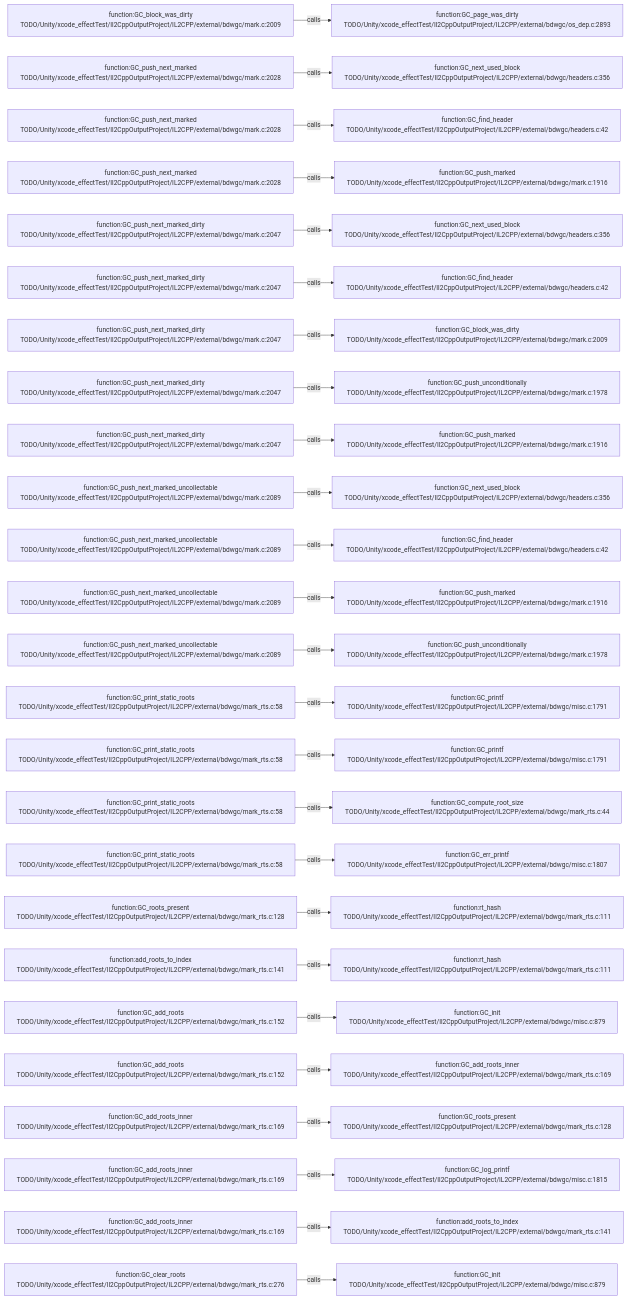
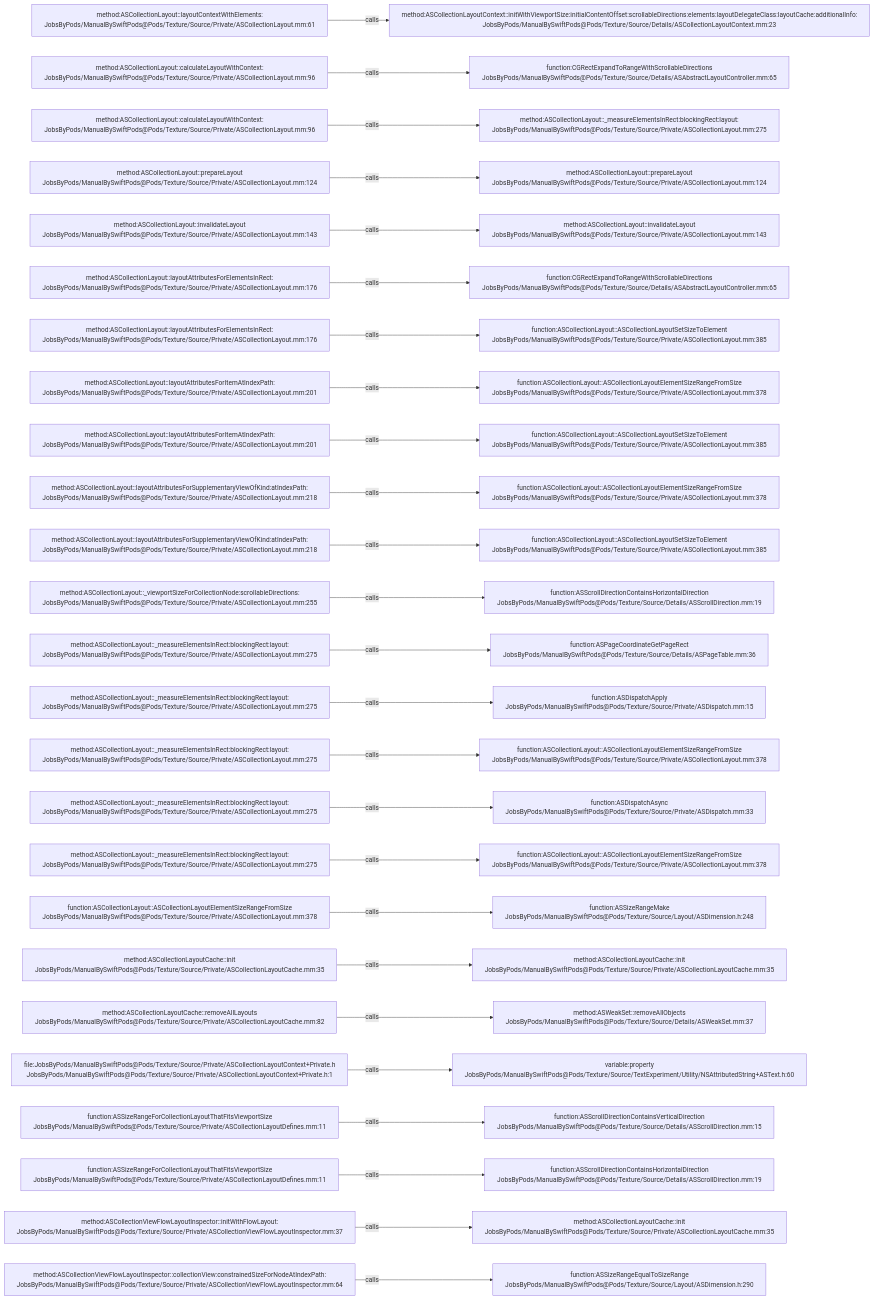
The diagram in .codegraph/codegraph.md/graphs/calls-134.md (JobsKits/JobsSwiftBaseConfigDemo), drawn with Mermaid before and after one commit. The commit also changed 2959 other files, not shown here.

````diff
--- a/.codegraph/codegraph.md/graphs/calls-134.md
+++ b/.codegraph/codegraph.md/graphs/calls-134.md
@@ -13,78 +13,78 @@
 ```mermaid
 flowchart LR
-  S1["function:GC_block_was_dirty<br/>TODO/Unity/xcode_effectTest/Il2CppOutputProject/IL2CPP/external/bdwgc/mark.c:2009"]
-  T1["function:GC_page_was_dirty<br/>TODO/Unity/xcode_effectTest/Il2CppOutputProject/IL2CPP/external/bdwgc/os_dep.c:2893"]
+  S1["method:ASCollectionLayout::layoutContextWithElements:<br/>JobsByPods/ManualBySwiftPods@Pods/Texture/Source/Private/ASCollectionLayout.mm:61"]
+  T1["method:ASCollectionLayoutContext::initWithViewportSize:initialContentOffset:scrollableDirections:elements:layoutDelegateClass:layoutCache:additionalInfo:<br/>JobsByPods/ManualBySwiftPods@Pods/Texture/Source/Details/ASCollectionLayoutContext.mm:23"]
   S1 -->|calls| T1
-  S2["function:GC_push_next_marked<br/>TODO/Unity/xcode_effectTest/Il2CppOutputProject/IL2CPP/external/bdwgc/mark.c:2028"]
-  T2["function:GC_next_used_block<br/>TODO/Unity/xcode_effectTest/Il2CppOutputProject/IL2CPP/external/bdwgc/headers.c:356"]
+  S2["method:ASCollectionLayout::calculateLayoutWithContext:<br/>JobsByPods/ManualBySwiftPods@Pods/Texture/Source/Private/ASCollectionLayout.mm:96"]
+  T2["function:CGRectExpandToRangeWithScrollableDirections<br/>JobsByPods/ManualBySwiftPods@Pods/Texture/Source/Details/ASAbstractLayoutController.mm:65"]
   S2 -->|calls| T2
-  S3["function:GC_push_next_marked<br/>TODO/Unity/xcode_effectTest/Il2CppOutputProject/IL2CPP/external/bdwgc/mark.c:2028"]
-  T3["function:GC_find_header<br/>TODO/Unity/xcode_effectTest/Il2CppOutputProject/IL2CPP/external/bdwgc/headers.c:42"]
+  S3["method:ASCollectionLayout::calculateLayoutWithContext:<br/>JobsByPods/ManualBySwiftPods@Pods/Texture/Source/Private/ASCollectionLayout.mm:96"]
+  T3["method:ASCollectionLayout::_measureElementsInRect:blockingRect:layout:<br/>JobsByPods/ManualBySwiftPods@Pods/Texture/Source/Private/ASCollectionLayout.mm:275"]
   S3 -->|calls| T3
-  S4["function:GC_push_next_marked<br/>TODO/Unity/xcode_effectTest/Il2CppOutputProject/IL2CPP/external/bdwgc/mark.c:2028"]
-  T4["function:GC_push_marked<br/>TODO/Unity/xcode_effectTest/Il2CppOutputProject/IL2CPP/external/bdwgc/mark.c:1916"]
+  S4["method:ASCollectionLayout::prepareLayout<br/>JobsByPods/ManualBySwiftPods@Pods/Texture/Source/Private/ASCollectionLayout.mm:124"]
+  T4["method:ASCollectionLayout::prepareLayout<br/>JobsByPods/ManualBySwiftPods@Pods/Texture/Source/Private/ASCollectionLayout.mm:124"]
   S4 -->|calls| T4
-  S5["function:GC_push_next_marked_dirty<br/>TODO/Unity/xcode_effectTest/Il2CppOutputProject/IL2CPP/external/bdwgc/mark.c:2047"]
-  T5["function:GC_next_used_block<br/>TODO/Unity/xcode_effectTest/Il2CppOutputProject/IL2CPP/external/bdwgc/headers.c:356"]
+  S5["method:ASCollectionLayout::invalidateLayout<br/>JobsByPods/ManualBySwiftPods@Pods/Texture/Source/Private/ASCollectionLayout.mm:143"]
+  T5["method:ASCollectionLayout::invalidateLayout<br/>JobsByPods/ManualBySwiftPods@Pods/Texture/Source/Private/ASCollectionLayout.mm:143"]
   S5 -->|calls| T5
-  S6["function:GC_push_next_marked_dirty<br/>TODO/Unity/xcode_effectTest/Il2CppOutputProject/IL2CPP/external/bdwgc/mark.c:2047"]
-  T6["function:GC_find_header<br/>TODO/Unity/xcode_effectTest/Il2CppOutputProject/IL2CPP/external/bdwgc/headers.c:42"]
+  S6["method:ASCollectionLayout::layoutAttributesForElementsInRect:<br/>JobsByPods/ManualBySwiftPods@Pods/Texture/Source/Private/ASCollectionLayout.mm:176"]
+  T6["function:CGRectExpandToRangeWithScrollableDirections<br/>JobsByPods/ManualBySwiftPods@Pods/Texture/Source/Details/ASAbstractLayoutController.mm:65"]
   S6 -->|calls| T6
-  S7["function:GC_push_next_marked_dirty<br/>TODO/Unity/xcode_effectTest/Il2CppOutputProject/IL2CPP/external/bdwgc/mark.c:2047"]
-  T7["function:GC_block_was_dirty<br/>TODO/Unity/xcode_effectTest/Il2CppOutputProject/IL2CPP/external/bdwgc/mark.c:2009"]
+  S7["method:ASCollectionLayout::layoutAttributesForElementsInRect:<br/>JobsByPods/ManualBySwiftPods@Pods/Texture/Source/Private/ASCollectionLayout.mm:176"]
+  T7["function:ASCollectionLayout::ASCollectionLayoutSetSizeToElement<br/>JobsByPods/ManualBySwiftPods@Pods/Texture/Source/Private/ASCollectionLayout.mm:385"]
   S7 -->|calls| T7
-  S8["function:GC_push_next_marked_dirty<br/>TODO/Unity/xcode_effectTest/Il2CppOutputProject/IL2CPP/external/bdwgc/mark.c:2047"]
-  T8["function:GC_push_unconditionally<br/>TODO/Unity/xcode_effectTest/Il2CppOutputProject/IL2CPP/external/bdwgc/mark.c:1978"]
+  S8["method:ASCollectionLayout::layoutAttributesForItemAtIndexPath:<br/>JobsByPods/ManualBySwiftPods@Pods/Texture/Source/Private/ASCollectionLayout.mm:201"]
+  T8["function:ASCollectionLayout::ASCollectionLayoutElementSizeRangeFromSize<br/>JobsByPods/ManualBySwiftPods@Pods/Texture/Source/Private/ASCollectionLayout.mm:378"]
   S8 -->|calls| T8
-  S9["function:GC_push_next_marked_dirty<br/>TODO/Unity/xcode_effectTest/Il2CppOutputProject/IL2CPP/external/bdwgc/mark.c:2047"]
-  T9["function:GC_push_marked<br/>TODO/Unity/xcode_effectTest/Il2CppOutputProject/IL2CPP/external/bdwgc/mark.c:1916"]
+  S9["method:ASCollectionLayout::layoutAttributesForItemAtIndexPath:<br/>JobsByPods/ManualBySwiftPods@Pods/Texture/Source/Private/ASCollectionLayout.mm:201"]
+  T9["function:ASCollectionLayout::ASCollectionLayoutSetSizeToElement<br/>JobsByPods/ManualBySwiftPods@Pods/Texture/Source/Private/ASCollectionLayout.mm:385"]
   S9 -->|calls| T9
-  S10["function:GC_push_next_marked_uncollectable<br/>TODO/Unity/xcode_effectTest/Il2CppOutputProject/IL2CPP/external/bdwgc/mark.c:2089"]
-  T10["function:GC_next_used_block<br/>TODO/Unity/xcode_effectTest/Il2CppOutputProject/IL2CPP/external/bdwgc/headers.c:356"]
+  S10["method:ASCollectionLayout::layoutAttributesForSupplementaryViewOfKind:atIndexPath:<br/>JobsByPods/ManualBySwiftPods@Pods/Texture/Source/Private/ASCollectionLayout.mm:218"]
+  T10["function:ASCollectionLayout::ASCollectionLayoutElementSizeRangeFromSize<br/>JobsByPods/ManualBySwiftPods@Pods/Texture/Source/Private/ASCollectionLayout.mm:378"]
   S10 -->|calls| T10
-  S11["function:GC_push_next_marked_uncollectable<br/>TODO/Unity/xcode_effectTest/Il2CppOutputProject/IL2CPP/external/bdwgc/mark.c:2089"]
-  T11["function:GC_find_header<br/>TODO/Unity/xcode_effectTest/Il2CppOutputProject/IL2CPP/external/bdwgc/headers.c:42"]
+  S11["method:ASCollectionLayout::layoutAttributesForSupplementaryViewOfKind:atIndexPath:<br/>JobsByPods/ManualBySwiftPods@Pods/Texture/Source/Private/ASCollectionLayout.mm:218"]
+  T11["function:ASCollectionLayout::ASCollectionLayoutSetSizeToElement<br/>JobsByPods/ManualBySwiftPods@Pods/Texture/Source/Private/ASCollectionLayout.mm:385"]
   S11 -->|calls| T11
-  S12["function:GC_push_next_marked_uncollectable<br/>TODO/Unity/xcode_effectTest/Il2CppOutputProject/IL2CPP/external/bdwgc/mark.c:2089"]
-  T12["function:GC_push_marked<br/>TODO/Unity/xcode_effectTest/Il2CppOutputProject/IL2CPP/external/bdwgc/mark.c:1916"]
+  S12["method:ASCollectionLayout::_viewportSizeForCollectionNode:scrollableDirections:<br/>JobsByPods/ManualBySwiftPods@Pods/Texture/Source/Private/ASCollectionLayout.mm:255"]
+  T12["function:ASScrollDirectionContainsHorizontalDirection<br/>JobsByPods/ManualBySwiftPods@Pods/Texture/Source/Details/ASScrollDirection.mm:19"]
   S12 -->|calls| T12
-  S13["function:GC_push_next_marked_uncollectable<br/>TODO/Unity/xcode_effectTest/Il2CppOutputProject/IL2CPP/external/bdwgc/mark.c:2089"]
-  T13["function:GC_push_unconditionally<br/>TODO/Unity/xcode_effectTest/Il2CppOutputProject/IL2CPP/external/bdwgc/mark.c:1978"]
+  S13["method:ASCollectionLayout::_measureElementsInRect:blockingRect:layout:<br/>JobsByPods/ManualBySwiftPods@Pods/Texture/Source/Private/ASCollectionLayout.mm:275"]
+  T13["function:ASPageCoordinateGetPageRect<br/>JobsByPods/ManualBySwiftPods@Pods/Texture/Source/Details/ASPageTable.mm:36"]
   S13 -->|calls| T13
-  S14["function:GC_print_static_roots<br/>TODO/Unity/xcode_effectTest/Il2CppOutputProject/IL2CPP/external/bdwgc/mark_rts.c:58"]
-  T14["function:GC_printf<br/>TODO/Unity/xcode_effectTest/Il2CppOutputProject/IL2CPP/external/bdwgc/misc.c:1791"]
+  S14["method:ASCollectionLayout::_measureElementsInRect:blockingRect:layout:<br/>JobsByPods/ManualBySwiftPods@Pods/Texture/Source/Private/ASCollectionLayout.mm:275"]
+  T14["function:ASDispatchApply<br/>JobsByPods/ManualBySwiftPods@Pods/Texture/Source/Private/ASDispatch.mm:15"]
   S14 -->|calls| T14
-  S15["function:GC_print_static_roots<br/>TODO/Unity/xcode_effectTest/Il2CppOutputProject/IL2CPP/external/bdwgc/mark_rts.c:58"]
-  T15["function:GC_printf<br/>TODO/Unity/xcode_effectTest/Il2CppOutputProject/IL2CPP/external/bdwgc/misc.c:1791"]
+  S15["method:ASCollectionLayout::_measureElementsInRect:blockingRect:layout:<br/>JobsByPods/ManualBySwiftPods@Pods/Texture/Source/Private/ASCollectionLayout.mm:275"]
+  T15["function:ASCollectionLayout::ASCollectionLayoutElementSizeRangeFromSize<br/>JobsByPods/ManualBySwiftPods@Pods/Texture/Source/Private/ASCollectionLayout.mm:378"]
   S15 -->|calls| T15
-  S16["function:GC_print_static_roots<br/>TODO/Unity/xcode_effectTest/Il2CppOutputProject/IL2CPP/external/bdwgc/mark_rts.c:58"]
-  T16["function:GC_compute_root_size<br/>TODO/Unity/xcode_effectTest/Il2CppOutputProject/IL2CPP/external/bdwgc/mark_rts.c:44"]
+  S16["method:ASCollectionLayout::_measureElementsInRect:blockingRect:layout:<br/>JobsByPods/ManualBySwiftPods@Pods/Texture/Source/Private/ASCollectionLayout.mm:275"]
+  T16["function:ASDispatchAsync<br/>JobsByPods/ManualBySwiftPods@Pods/Texture/Source/Private/ASDispatch.mm:33"]
   S16 -->|calls| T16
-  S17["function:GC_print_static_roots<br/>TODO/Unity/xcode_effectTest/Il2CppOutputProject/IL2CPP/external/bdwgc/mark_rts.c:58"]
-  T17["function:GC_err_printf<br/>TODO/Unity/xcode_effectTest/Il2CppOutputProject/IL2CPP/external/bdwgc/misc.c:1807"]
+  S17["method:ASCollectionLayout::_measureElementsInRect:blockingRect:layout:<br/>JobsByPods/ManualBySwiftPods@Pods/Texture/Source/Private/ASCollectionLayout.mm:275"]
+  T17["function:ASCollectionLayout::ASCollectionLayoutElementSizeRangeFromSize<br/>JobsByPods/ManualBySwiftPods@Pods/Texture/Source/Private/ASCollectionLayout.mm:378"]
   S17 -->|calls| T17
-  S18["function:GC_roots_present<br/>TODO/Unity/xcode_effectTest/Il2CppOutputProject/IL2CPP/external/bdwgc/mark_rts.c:128"]
-  T18["function:rt_hash<br/>TODO/Unity/xcode_effectTest/Il2CppOutputProject/IL2CPP/external/bdwgc/mark_rts.c:111"]
+  S18["function:ASCollectionLayout::ASCollectionLayoutElementSizeRangeFromSize<br/>JobsByPods/ManualBySwiftPods@Pods/Texture/Source/Private/ASCollectionLayout.mm:378"]
+  T18["function:ASSizeRangeMake<br/>JobsByPods/ManualBySwiftPods@Pods/Texture/Source/Layout/ASDimension.h:248"]
   S18 -->|calls| T18
-  S19["function:add_roots_to_index<br/>TODO/Unity/xcode_effectTest/Il2CppOutputProject/IL2CPP/external/bdwgc/mark_rts.c:141"]
-  T19["function:rt_hash<br/>TODO/Unity/xcode_effectTest/Il2CppOutputProject/IL2CPP/external/bdwgc/mark_rts.c:111"]
+  S19["method:ASCollectionLayoutCache::init<br/>JobsByPods/ManualBySwiftPods@Pods/Texture/Source/Private/ASCollectionLayoutCache.mm:35"]
+  T19["method:ASCollectionLayoutCache::init<br/>JobsByPods/ManualBySwiftPods@Pods/Texture/Source/Private/ASCollectionLayoutCache.mm:35"]
   S19 -->|calls| T19
-  S20["function:GC_add_roots<br/>TODO/Unity/xcode_effectTest/Il2CppOutputProject/IL2CPP/external/bdwgc/mark_rts.c:152"]
-  T20["function:GC_init<br/>TODO/Unity/xcode_effectTest/Il2CppOutputProject/IL2CPP/external/bdwgc/misc.c:879"]
+  S20["method:ASCollectionLayoutCache::removeAllLayouts<br/>JobsByPods/ManualBySwiftPods@Pods/Texture/Source/Private/ASCollectionLayoutCache.mm:82"]
+  T20["method:ASWeakSet::removeAllObjects<br/>JobsByPods/ManualBySwiftPods@Pods/Texture/Source/Details/ASWeakSet.mm:37"]
   S20 -->|calls| T20
-  S21["function:GC_add_roots<br/>TODO/Unity/xcode_effectTest/Il2CppOutputProject/IL2CPP/external/bdwgc/mark_rts.c:152"]
-  T21["function:GC_add_roots_inner<br/>TODO/Unity/xcode_effectTest/Il2CppOutputProject/IL2CPP/external/bdwgc/mark_rts.c:169"]
+  S21["file:JobsByPods/ManualBySwiftPods@Pods/Texture/Source/Private/ASCollectionLayoutContext+Private.h<br/>JobsByPods/ManualBySwiftPods@Pods/Texture/Source/Private/ASCollectionLayoutContext+Private.h:1"]
+  T21["variable:property<br/>JobsByPods/ManualBySwiftPods@Pods/Texture/Source/TextExperiment/Utility/NSAttributedString+ASText.h:60"]
   S21 -->|calls| T21
-  S22["function:GC_add_roots_inner<br/>TODO/Unity/xcode_effectTest/Il2CppOutputProject/IL2CPP/external/bdwgc/mark_rts.c:169"]
-  T22["function:GC_roots_present<br/>TODO/Unity/xcode_effectTest/Il2CppOutputProject/IL2CPP/external/bdwgc/mark_rts.c:128"]
+  S22["function:ASSizeRangeForCollectionLayoutThatFitsViewportSize<br/>JobsByPods/ManualBySwiftPods@Pods/Texture/Source/Private/ASCollectionLayoutDefines.mm:11"]
+  T22["function:ASScrollDirectionContainsVerticalDirection<br/>JobsByPods/ManualBySwiftPods@Pods/Texture/Source/Details/ASScrollDirection.mm:15"]
   S22 -->|calls| T22
-  S23["function:GC_add_roots_inner<br/>TODO/Unity/xcode_effectTest/Il2CppOutputProject/IL2CPP/external/bdwgc/mark_rts.c:169"]
-  T23["function:GC_log_printf<br/>TODO/Unity/xcode_effectTest/Il2CppOutputProject/IL2CPP/external/bdwgc/misc.c:1815"]
+  S23["function:ASSizeRangeForCollectionLayoutThatFitsViewportSize<br/>JobsByPods/ManualBySwiftPods@Pods/Texture/Source/Private/ASCollectionLayoutDefines.mm:11"]
+  T23["function:ASScrollDirectionContainsHorizontalDirection<br/>JobsByPods/ManualBySwiftPods@Pods/Texture/Source/Details/ASScrollDirection.mm:19"]
   S23 -->|calls| T23
-  S24["function:GC_add_roots_inner<br/>TODO/Unity/xcode_effectTest/Il2CppOutputProject/IL2CPP/external/bdwgc/mark_rts.c:169"]
-  T24["function:add_roots_to_index<br/>TODO/Unity/xcode_effectTest/Il2CppOutputProject/IL2CPP/external/bdwgc/mark_rts.c:141"]
+  S24["method:ASCollectionViewFlowLayoutInspector::initWithFlowLayout:<br/>JobsByPods/ManualBySwiftPods@Pods/Texture/Source/Private/ASCollectionViewFlowLayoutInspector.mm:37"]
+  T24["method:ASCollectionLayoutCache::init<br/>JobsByPods/ManualBySwiftPods@Pods/Texture/Source/Private/ASCollectionLayoutCache.mm:35"]
   S24 -->|calls| T24
-  S25["function:GC_clear_roots<br/>TODO/Unity/xcode_effectTest/Il2CppOutputProject/IL2CPP/external/bdwgc/mark_rts.c:276"]
-  T25["function:GC_init<br/>TODO/Unity/xcode_effectTest/Il2CppOutputProject/IL2CPP/external/bdwgc/misc.c:879"]
+  S25["method:ASCollectionViewFlowLayoutInspector::collectionView:constrainedSizeForNodeAtIndexPath:<br/>JobsByPods/ManualBySwiftPods@Pods/Texture/Source/Private/ASCollectionViewFlowLayoutInspector.mm:64"]
+  T25["function:ASSizeRangeEqualToSizeRange<br/>JobsByPods/ManualBySwiftPods@Pods/Texture/Source/Layout/ASDimension.h:290"]
   S25 -->|calls| T25
 ```
````
